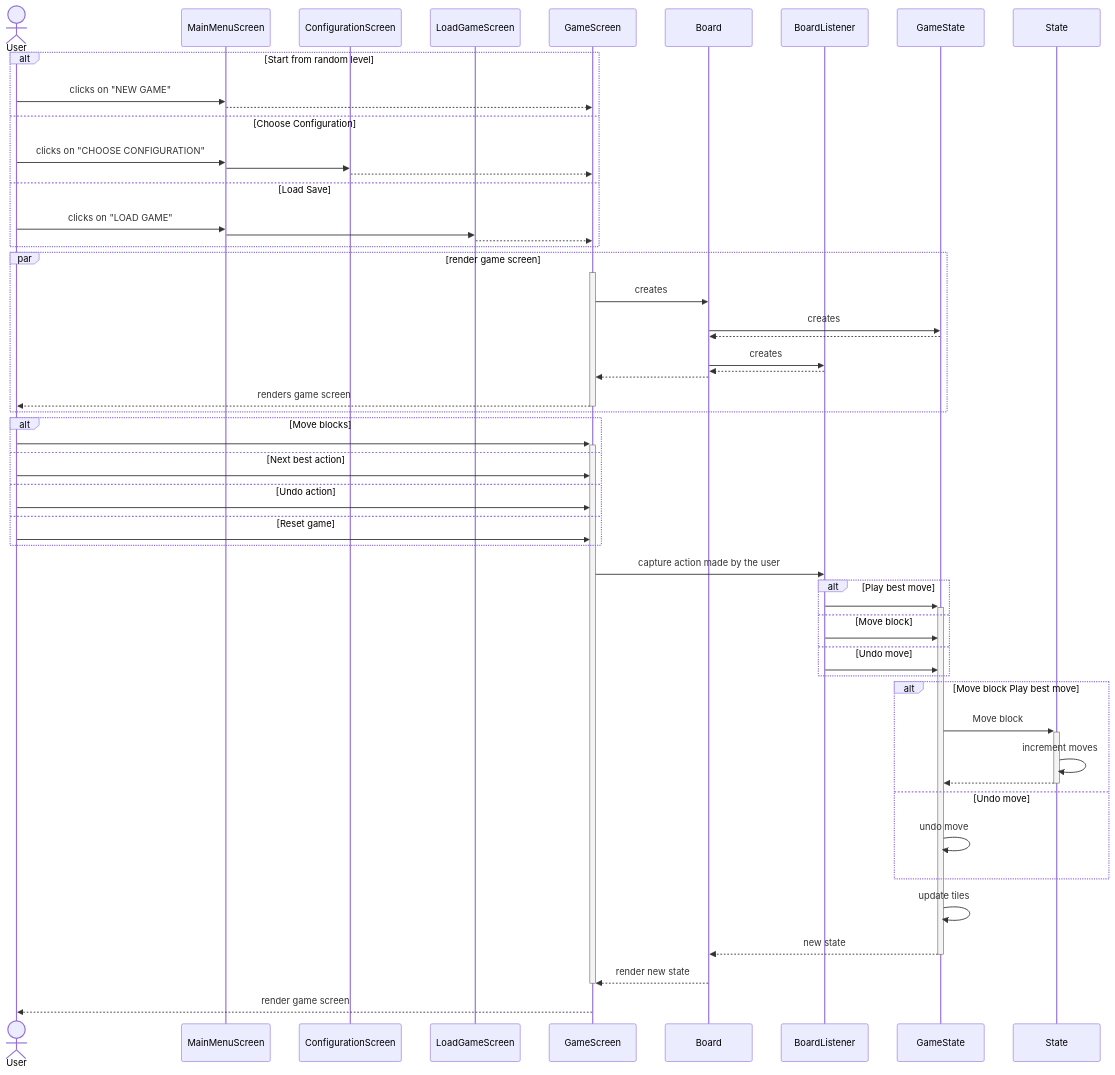
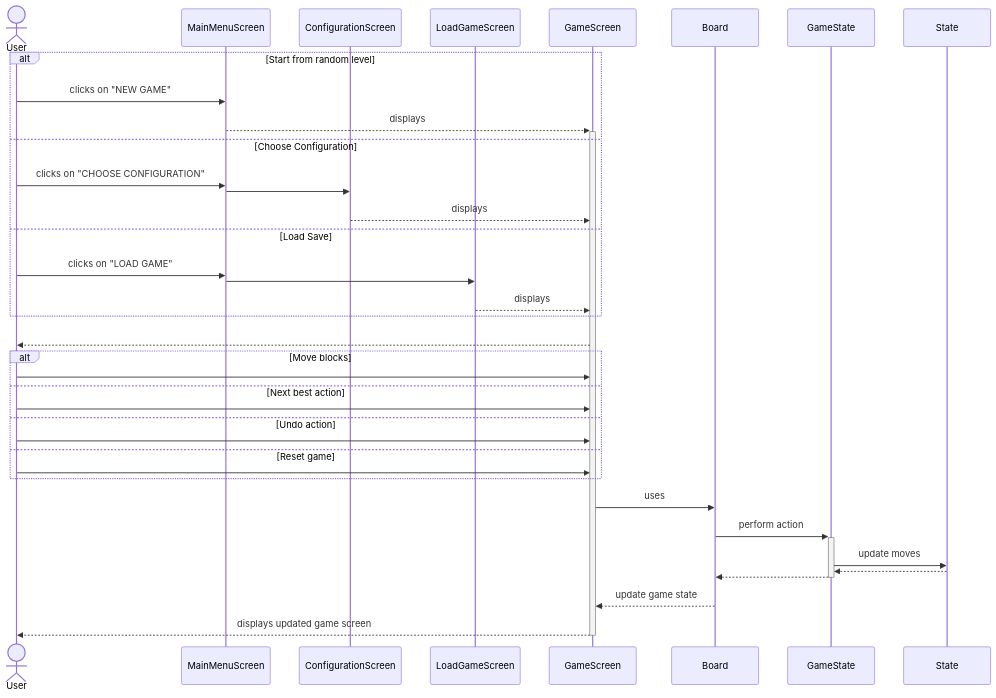
Before and after one commit to BIRSAx2/klotski: diagram 14 of 14 in docs/sequence_diagram/index.md, drawn with Mermaid. The commit also changed other lines of this file, not shown here.

Commit message:
Finished diagrams

````diff
--- a/docs/sequence_diagram/index.md
+++ b/docs/sequence_diagram/index.md
@@ -576,70 +550,45 @@
 ```mermaid
 sequenceDiagram
     actor User
     participant MainMenuScreen
     participant ConfigurationScreen
     participant LoadGameScreen
     participant GameScreen
     participant Board
-    participant BoardListener
     participant GameState
     participant State
 
 
     alt Start from random level
         User ->> MainMenuScreen: clicks on "NEW GAME"
-        MainMenuScreen -->> GameScreen: 
+        MainMenuScreen -->>+ GameScreen: displays
     else Choose Configuration
         User ->> MainMenuScreen: clicks on "CHOOSE CONFIGURATION"
         MainMenuScreen ->> ConfigurationScreen: 
-        ConfigurationScreen -->> GameScreen: 
+        ConfigurationScreen -->> GameScreen: displays
     else Load Save
         User ->> MainMenuScreen: clicks on "LOAD GAME"
         MainMenuScreen ->> LoadGameScreen: 
-        LoadGameScreen -->> GameScreen: 
+        LoadGameScreen -->> GameScreen: displays
     end
 
-    par render game screen
-        activate GameScreen
-        GameScreen ->> Board: creates
-        Board ->> GameState: creates
-        GameState -->> Board: 
-        Board ->> BoardListener: creates
-        BoardListener -->> Board: 
-        Board -->> GameScreen: 
-        GameScreen -->> User: renders game screen
-        deactivate GameScreen
-    end
+    GameScreen -->> User : #32;
 
     alt Move blocks
-        User ->>+ GameScreen : 
+        User ->> GameScreen : 
     else Next best action
         User ->> GameScreen : 
     else Undo action
         User ->> GameScreen : 
     else Reset game
         User ->> GameScreen : 
     end
     
-    GameScreen ->> BoardListener : capture action made by the user
-    alt Play best move
-        BoardListener ->>+ GameState : 
-    else Move block
-        BoardListener ->> GameState : 
-    else Undo move
-        BoardListener ->> GameState : 
-    end
-    
-    alt Move block Play best move
-        GameState ->>+ State : Move block
-        State ->> State : increment moves
-        State -->>- GameState : 
-    else Undo move
-        GameState ->> GameState : undo move
-    end
-    GameState ->> GameState : update tiles
-    GameState -->>- Board : new state
-    Board -->> GameScreen : render new state
-    deactivate GameScreen
-    GameScreen -->> User : render game screen
+    GameScreen ->> Board : uses
+    Board ->>+ GameState : perform action
+    GameState ->> State : update moves
+    State -->> GameState : 
+    GameState -->>- Board : 
+    Board -->> GameScreen : update game state
+    GameScreen -->>- User : displays updated game screen
 ```
````
